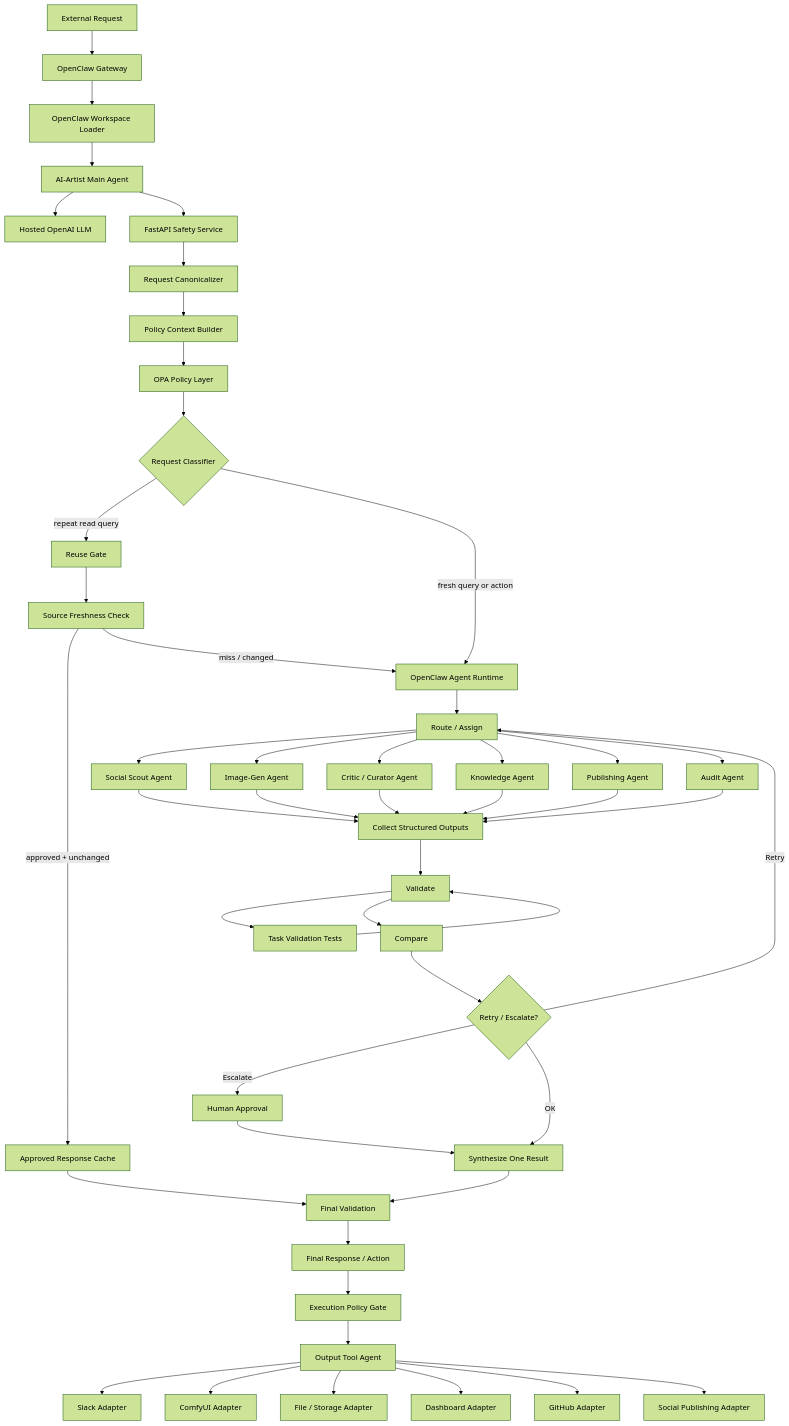
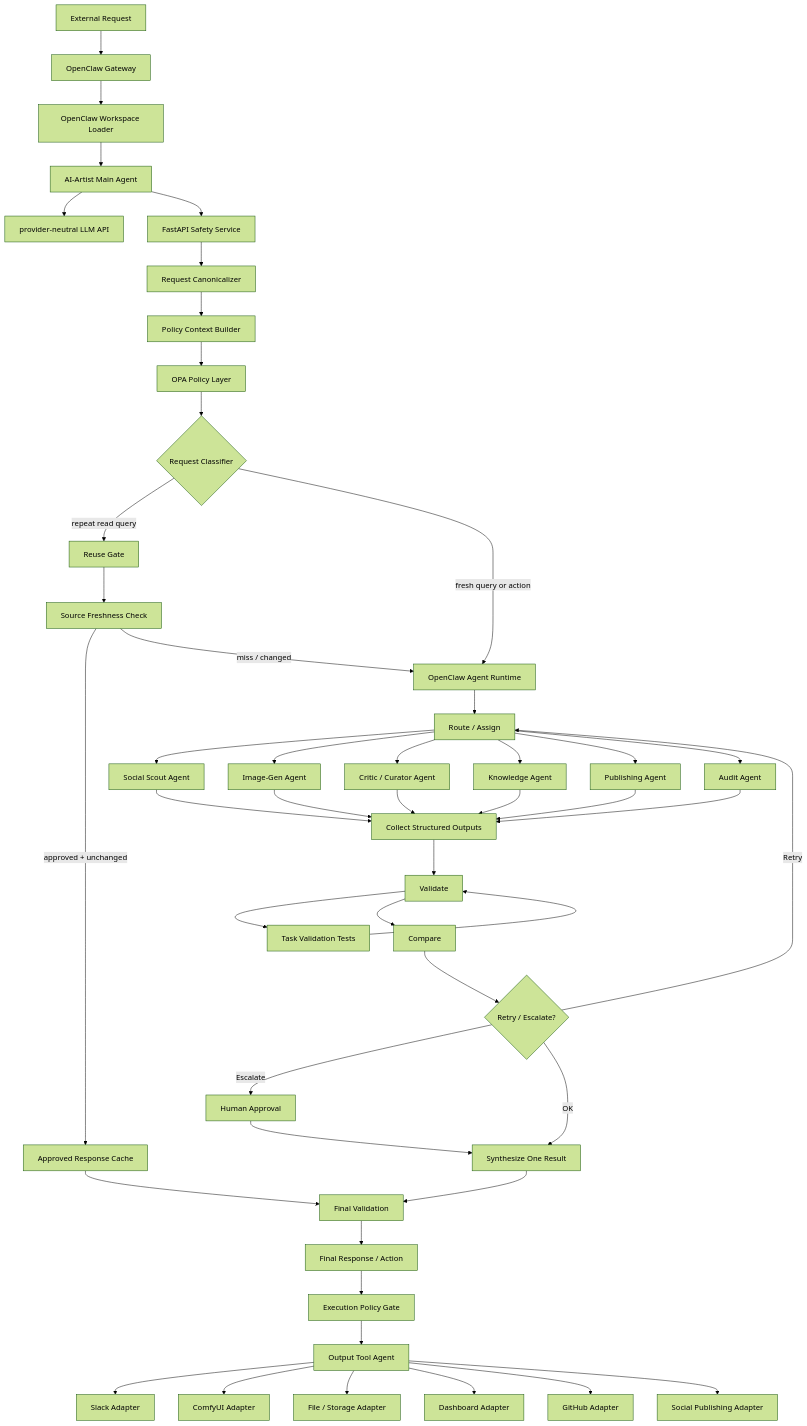
Before and after one commit to artprof964/AI-Artist: the diagram in local-ai-agent-system-latest-source/docs/diagrams/latest_mermaid_flow_v3.md, drawn with Mermaid (forest theme). The commit also changed 33 other files, not shown here.

Commit message:
Use provider-neutral LLM API

````diff
--- a/local-ai-agent-system-latest-source/docs/diagrams/latest_mermaid_flow_v3.md
+++ b/local-ai-agent-system-latest-source/docs/diagrams/latest_mermaid_flow_v3.md
@@ -3,56 +3,56 @@
 ```mermaid
 flowchart TD
     ER["External Request"] --> OCG["OpenClaw Gateway"]
     OCG --> WS["OpenClaw Workspace Loader"]
     WS --> MAIN["AI-Artist Main Agent"]
-    MAIN --> HLLM["Hosted OpenAI LLM"]
+    MAIN --> HLLM["provider-neutral LLM API"]
     MAIN --> FSS["FastAPI Safety Service"]
     FSS --> RC["Request Canonicalizer"]
     RC --> PCB["Policy Context Builder"]
     PCB --> OPA["OPA Policy Layer"]
     OPA --> RCL{"Request Classifier"}
 
     RCL -->|"repeat read query"| RG["Reuse Gate"]
     RG --> SFC["Source Freshness Check"]
     SFC -->|"approved + unchanged"| ARC["Approved Response Cache"]
     SFC -->|"miss / changed"| OCR["OpenClaw Agent Runtime"]
     ARC --> FVAL["Final Validation"]
 
     RCL -->|"fresh query or action"| OCR
     OCR --> RA["Route / Assign"]
     RA --> SSA["Social Scout Agent"]
     RA --> IGA["Image-Gen Agent"]
     RA --> CCA["Critic / Curator Agent"]
     RA --> KA["Knowledge Agent"]
     RA --> PA["Publishing Agent"]
     RA --> AA["Audit Agent"]
 
     SSA --> CSO["Collect Structured Outputs"]
     IGA --> CSO
     CCA --> CSO
     KA --> CSO
     PA --> CSO
     AA --> CSO
 
     CSO --> VAL["Validate"]
     VAL --> TVAL["Task Validation Tests"]
     TVAL --> VAL
     VAL --> CMP["Compare"]
     CMP --> DEC{"Retry / Escalate?"}
     DEC -->|"Retry"| RA
     DEC -->|"Escalate"| HA["Human Approval"]
     DEC -->|"OK"| SYN["Synthesize One Result"]
     HA --> SYN
 
     SYN --> FVAL
     FVAL --> FRA["Final Response / Action"]
     FRA --> EPG["Execution Policy Gate"]
     EPG --> OTA["Output Tool Agent"]
 
     OTA --> SLACK["Slack Adapter"]
     OTA --> COMFY["ComfyUI Adapter"]
     OTA --> FILES["File / Storage Adapter"]
     OTA --> DASH["Dashboard Adapter"]
     OTA --> GH["GitHub Adapter"]
     OTA --> SOCIAL["Social Publishing Adapter"]
 ```
````
